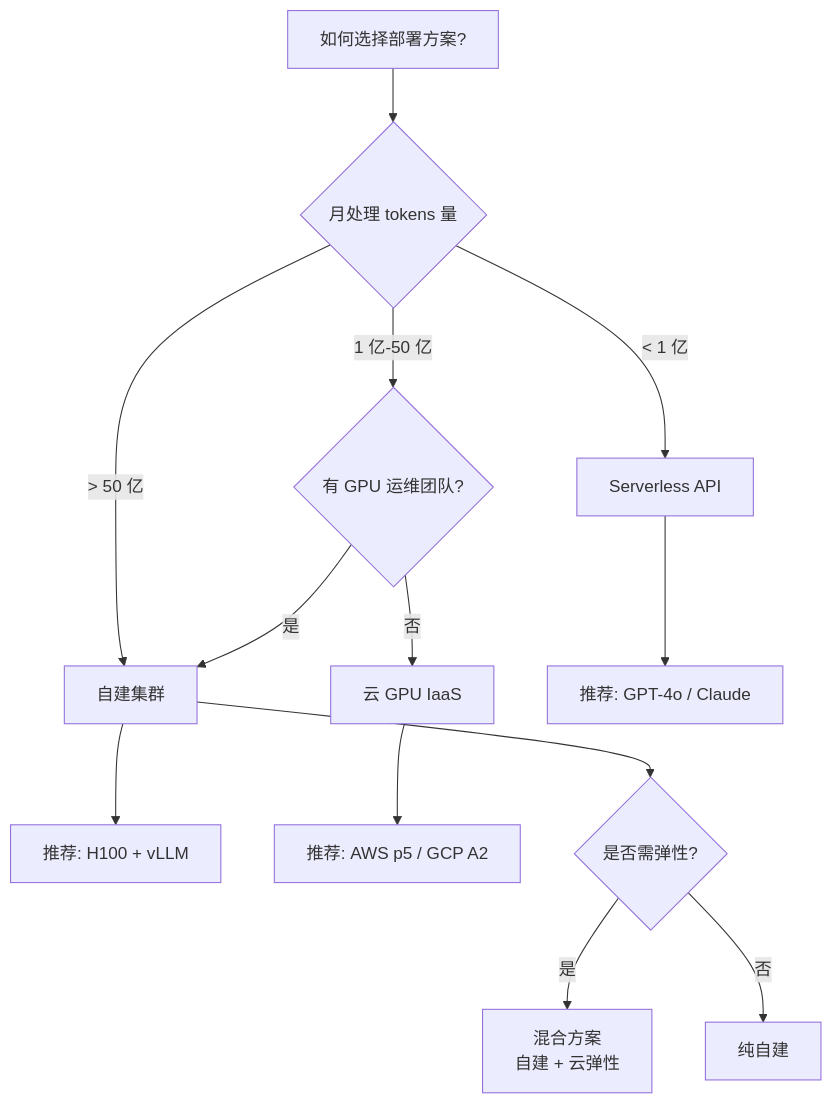
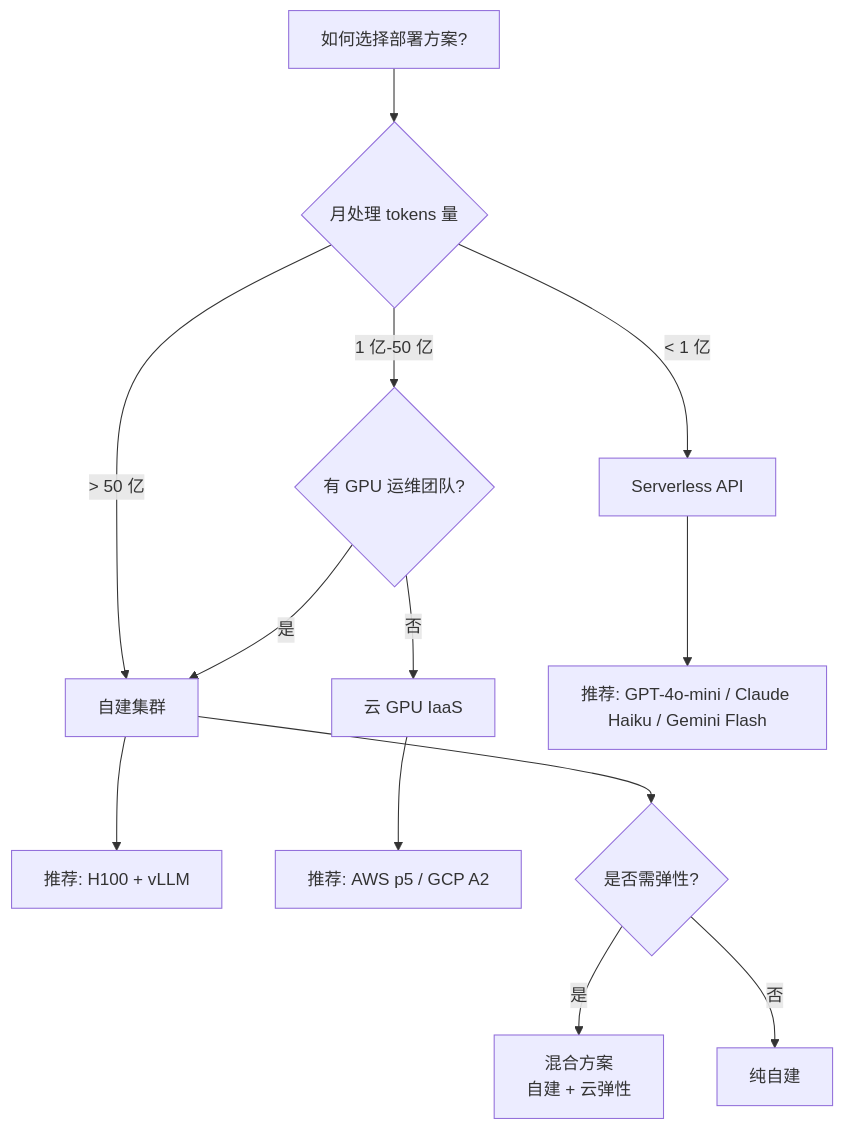
The fourth of 4 diagrams in docs/08-cost-operations/self-hosted-vs-cloud.md (luoboask/fde-learning), drawn with Mermaid before and after one commit. The commit also changed other lines of this file and 12 other files, not shown here.

First line of the commit message:
docs: update all content for 2026 June — LLM frontier roadmap, GPU, models, pricing

````diff
--- a/docs/08-cost-operations/self-hosted-vs-cloud.md
+++ b/docs/08-cost-operations/self-hosted-vs-cloud.md
@@ -192,19 +192,19 @@
 ```mermaid
 graph TD
     A[如何选择部署方案?] --> B{月处理 tokens 量}
 
     B -->|< 1 亿| C[Serverless API]
     B -->|1 亿-50 亿| D{有 GPU 运维团队?}
     B -->|> 50 亿| E[自建集群]
 
     D -->|是| E
     D -->|否| F[云 GPU IaaS]
 
-    C --> C1[推荐: GPT-4o / Claude]
+    C --> C1[推荐: GPT-4o-mini / Claude Haiku / Gemini Flash]
     E --> E1[推荐: H100 + vLLM]
     F --> F1[推荐: AWS p5 / GCP A2]
 
     E --> G{是否需弹性?}
     G -->|是| H[混合方案\n自建 + 云弹性]
     G -->|否| I[纯自建]
 ```
````
